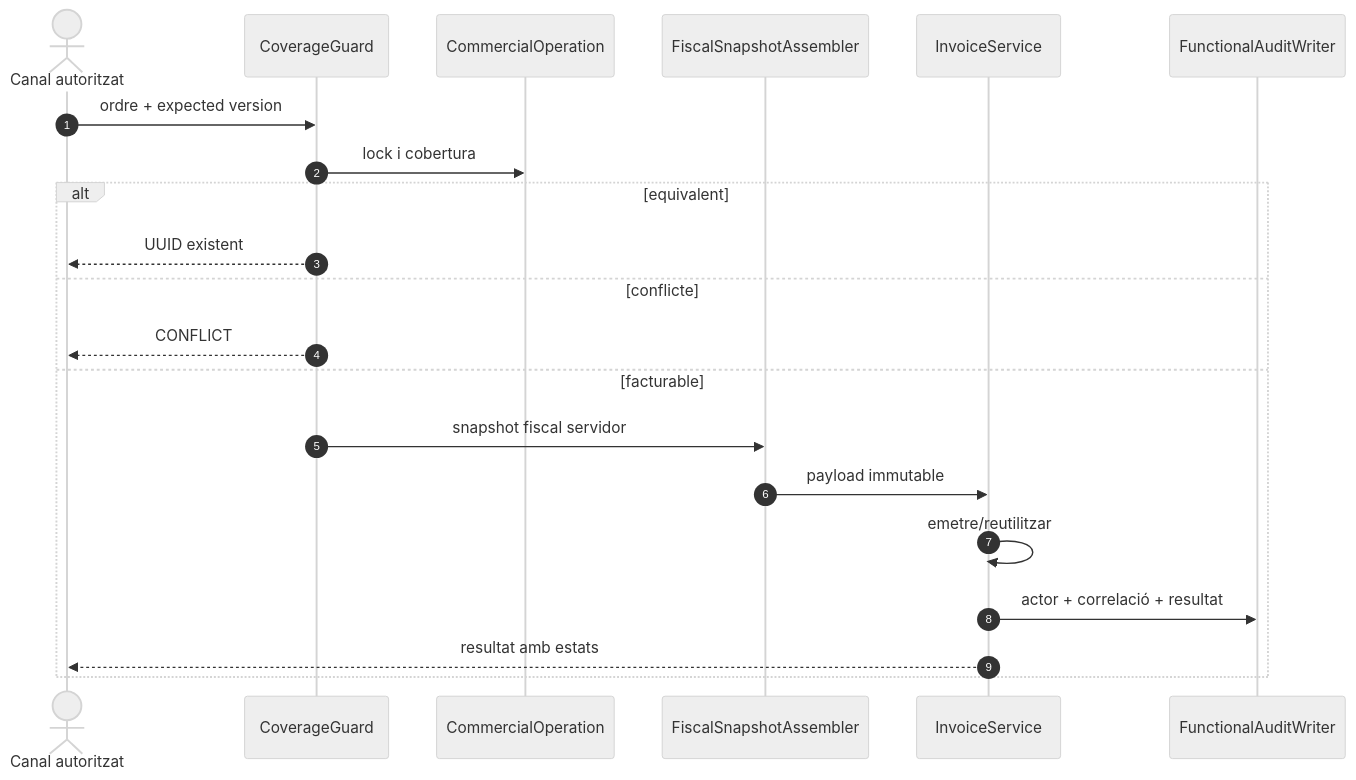
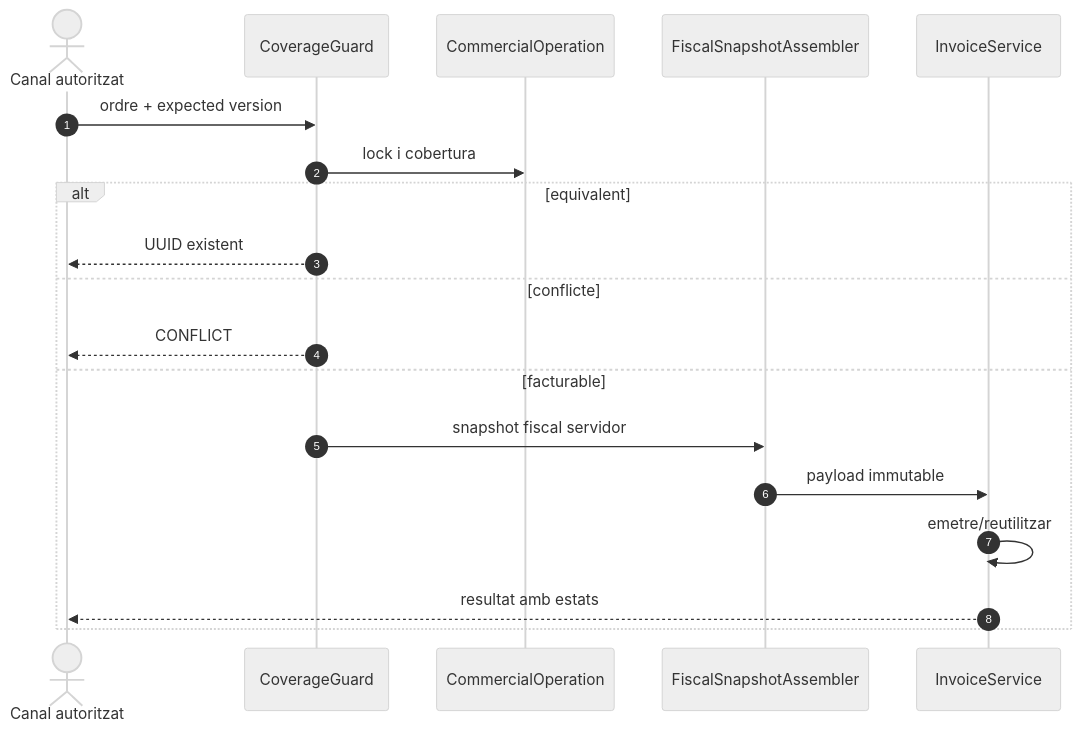
The fourth of 4 diagrams in documentacio/07-uml-integrat/uc-001-sequencies-actual-final.md (orgmeriemprismacat-del/verifactu), drawn with Mermaid (neutral theme) before and after one commit. The commit also changed other lines of this file, not shown here.

Commit message:
docs(UC-001): actualitzar sequencia amb audit i projeccio estats

````diff
--- a/documentacio/07-uml-integrat/uc-001-sequencies-actual-final.md
+++ b/documentacio/07-uml-integrat/uc-001-sequencies-actual-final.md
@@ -89,23 +91,21 @@
 ```mermaid
 sequenceDiagram
 autonumber
 actor C as Canal autoritzat
 participant G as CoverageGuard
 participant O as CommercialOperation
 participant F as FiscalSnapshotAssembler
 participant S as InvoiceService
-participant A as FunctionalAuditWriter
 C->>G: ordre + expected version
 G->>O: lock i cobertura
 alt equivalent
  G-->>C: UUID existent
 else conflicte
  G-->>C: CONFLICT
 else facturable
  G->>F: snapshot fiscal servidor
  F->>S: payload immutable
  S->>S: emetre/reutilitzar
- S->>A: actor + correlació + resultat
  S-->>C: resultat amb estats
 end
 ```
````
